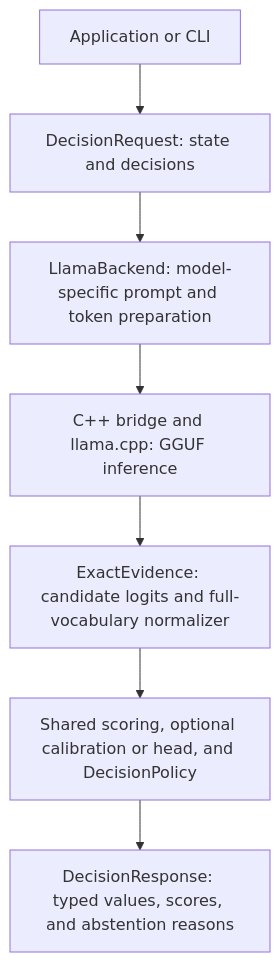
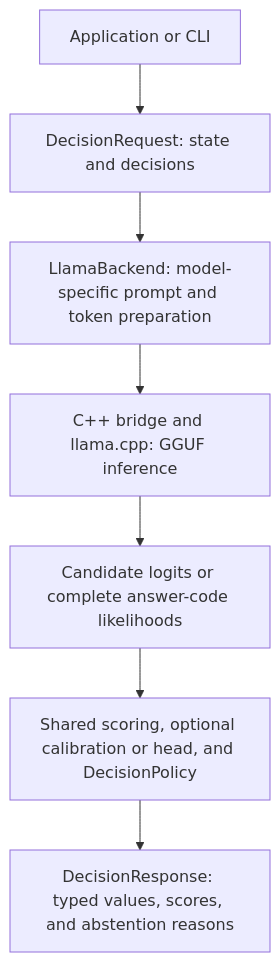
Before and after one commit to LuticaCANARD/L2S1: the diagram in README.md, drawn with Mermaid. The commit also changed other lines of this file and 41 other files, not shown here.

````diff
--- a/README.md
+++ b/README.md
@@ -13,9 +13,9 @@
 ```mermaid
 flowchart TD
     A[Application or CLI] --> B[DecisionRequest: state and decisions]
     B --> C[LlamaBackend: model-specific prompt and token preparation]
     C --> D[C++ bridge and llama.cpp: GGUF inference]
-    D --> E[ExactEvidence: candidate logits and full-vocabulary normalizer]
+    D --> E[Candidate logits or complete answer-code likelihoods]
     E --> F[Shared scoring, optional calibration or head, and DecisionPolicy]
     F --> G[DecisionResponse: typed values, scores, and abstention reasons]
 ```
````
